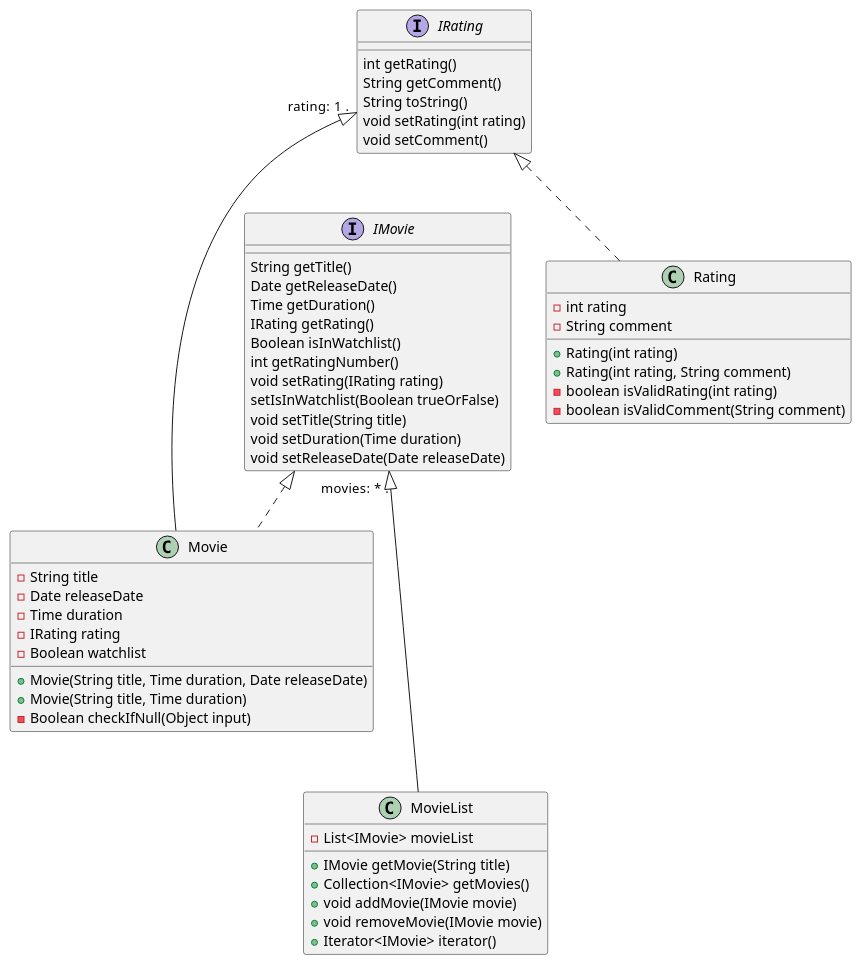
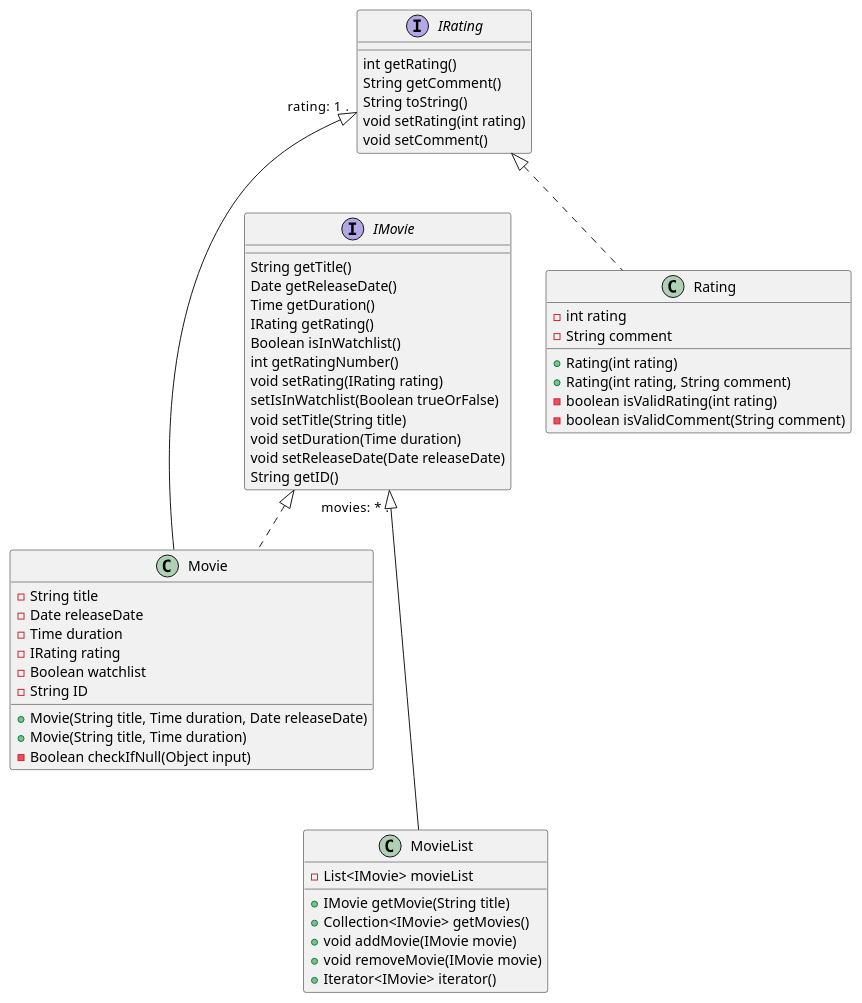
The diagram in mmt/diagrams/core-class-diagram.puml (AndreasMarken/IT1901), drawn with PlantUML before and after one commit. The commit also changed 1 other file, not shown here.

Commit message:
Issue #55 docs: updated core-class-diagram

```diff
--- a/mmt/diagrams/core-class-diagram.puml
+++ b/mmt/diagrams/core-class-diagram.puml
@@ -1,62 +1,64 @@
 @startuml "core-class-diagran"
 
 
 interface IMovie {
     String getTitle()
     Date getReleaseDate()
     Time getDuration()
     IRating getRating()
     Boolean isInWatchlist()
     int getRatingNumber()
     void setRating(IRating rating)
     setIsInWatchlist(Boolean trueOrFalse)
     void setTitle(String title)
     void setDuration(Time duration)
     void setReleaseDate(Date releaseDate)
+    String getID()
 }
 
 class Movie {
     - String title
     - Date releaseDate
     - Time duration
     - IRating rating
     - Boolean watchlist
+    - String ID
     + Movie(String title, Time duration, Date releaseDate)
     + Movie(String title, Time duration)
     - Boolean checkIfNull(Object input)
 }
 
 interface IRating {
     int getRating()
     String getComment()
     String toString()
     void setRating(int rating)
     void setComment()
 }
 
 class Rating {
     - int rating
     - String comment
     + Rating(int rating)
     + Rating(int rating, String comment)
     - boolean isValidRating(int rating)
     - boolean isValidComment(String comment)
 }
 
 class MovieList {
     - List<IMovie> movieList
     + IMovie getMovie(String title)
     + Collection<IMovie> getMovies()
     + void addMovie(IMovie movie)
     + void removeMovie(IMovie movie)
     + Iterator<IMovie> iterator()
 
 }
 
 IMovie "movies: *  ." <|--- MovieList
 IRating "rating: 1  ." <|--- Movie
 IMovie <|.. Movie
 IRating <|.. Rating
 
 
 @enduml
```
